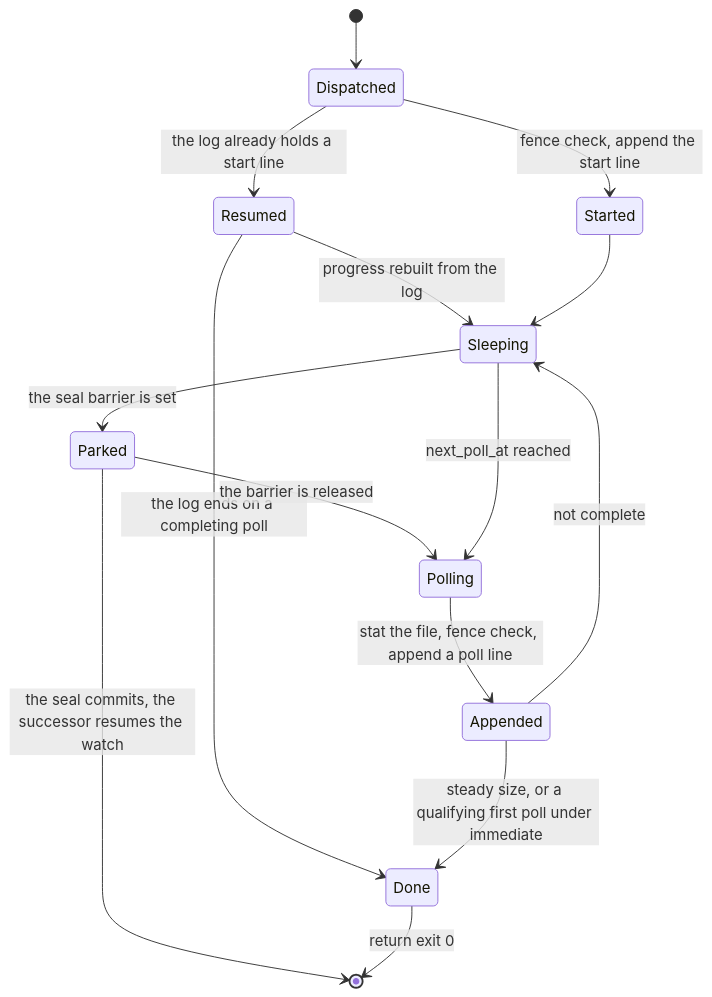
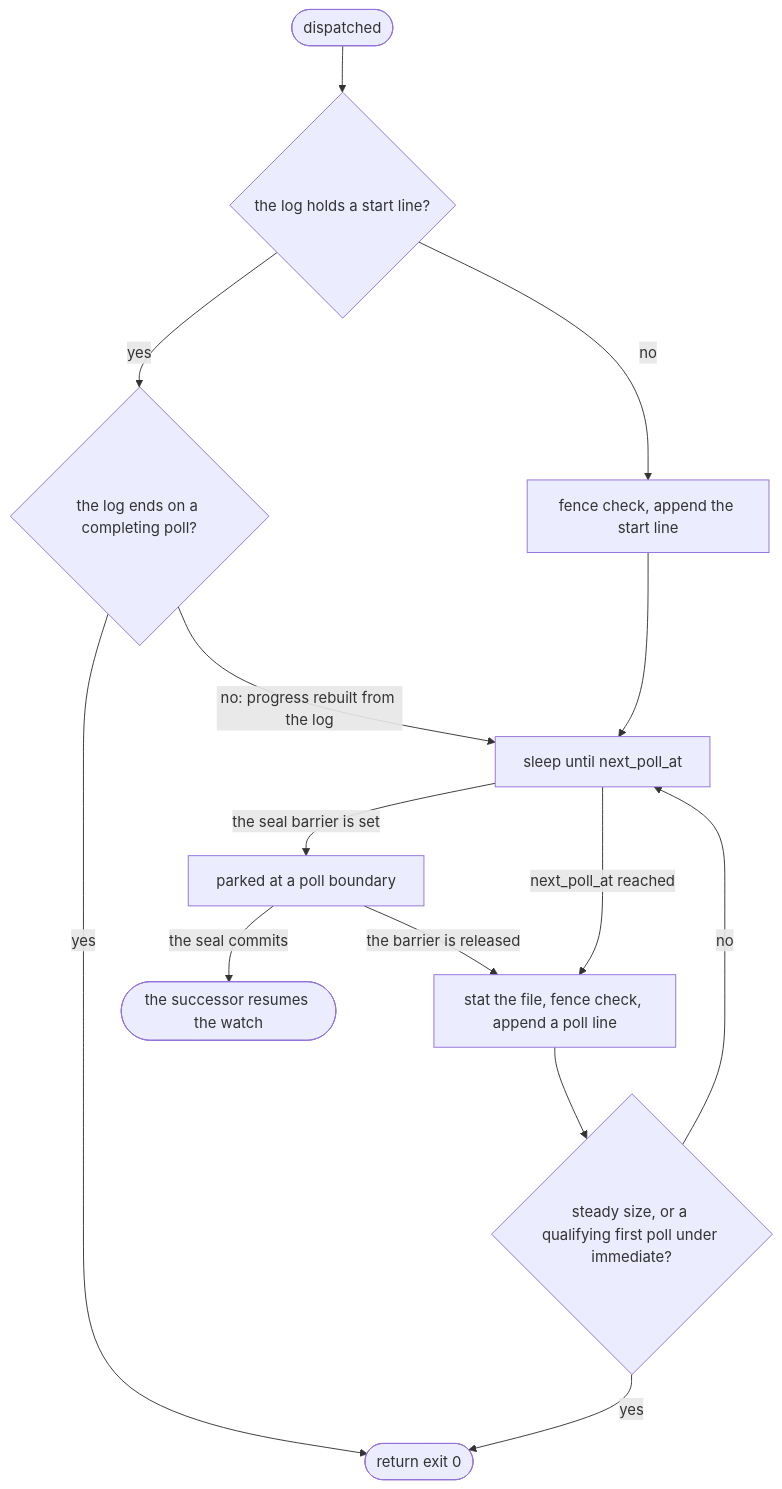
One commit to mrbald/dsl41 changed the diagram in docs/blocks/fw-observation.md. Above: the diagram before and after it, drawn with Mermaid. The commit also changed other lines of this file and 19 other files, not shown here.

Commit message:
DL-302: block cards link the generated state machines; a state diagram appears only where a declared machine backs it

````diff
--- a/docs/blocks/fw-observation.md
+++ b/docs/blocks/fw-observation.md
@@ -30,17 +34,16 @@
 ```mermaid
-stateDiagram-v2
-    [*] --> Dispatched
-    Dispatched --> Started: fence check, append the start line
-    Dispatched --> Resumed: the log already holds a start line
-    Resumed --> Done: the log ends on a completing poll
-    Resumed --> Sleeping: progress rebuilt from the log
-    Started --> Sleeping
-    Sleeping --> Parked: the seal barrier is set
-    Parked --> Polling: the barrier is released
-    Parked --> [*]: the seal commits, the successor resumes the watch
-    Sleeping --> Polling: next_poll_at reached
-    Polling --> Appended: stat the file, fence check, append a poll line
-    Appended --> Done: steady size, or a qualifying first poll under immediate
-    Appended --> Sleeping: not complete
-    Done --> [*]: return exit 0
+flowchart TD
+    dispatched(["dispatched"]) --> logged{"the log holds a start line?"}
+    logged -->|"no"| start["fence check, append the start line"]
+    logged -->|"yes"| folded{"the log ends on a completing poll?"}
+    folded -->|"yes"| done(["return exit 0"])
+    folded -->|"no: progress rebuilt from the log"| sleep
+    start --> sleep["sleep until next_poll_at"]
+    sleep -->|"the seal barrier is set"| park["parked at a poll boundary"]
+    park -->|"the barrier is released"| poll
+    park -->|"the seal commits"| successor(["the successor resumes the watch"])
+    sleep -->|"next_poll_at reached"| poll["stat the file, fence check, append a poll line"]
+    poll --> complete{"steady size, or a qualifying first poll under immediate?"}
+    complete -->|"yes"| done
+    complete -->|"no"| sleep
 ```
````
